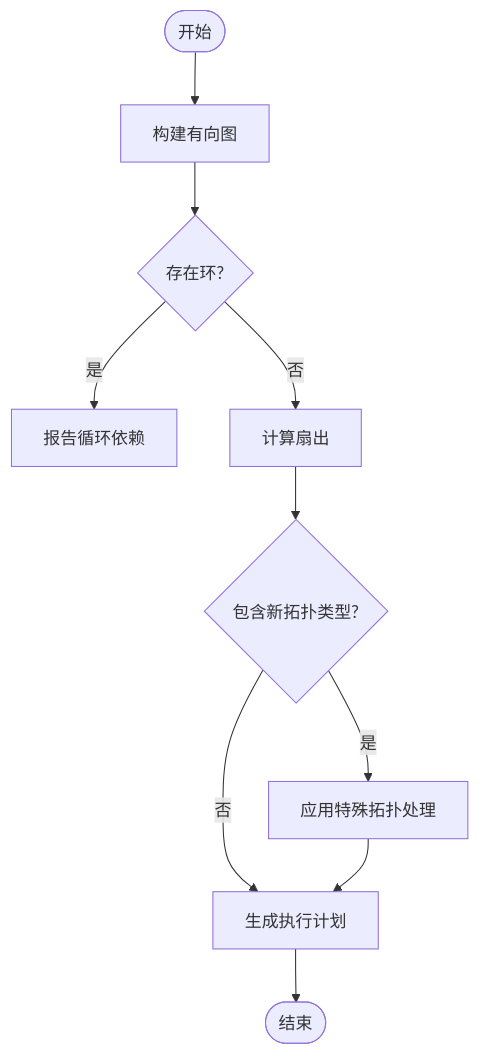
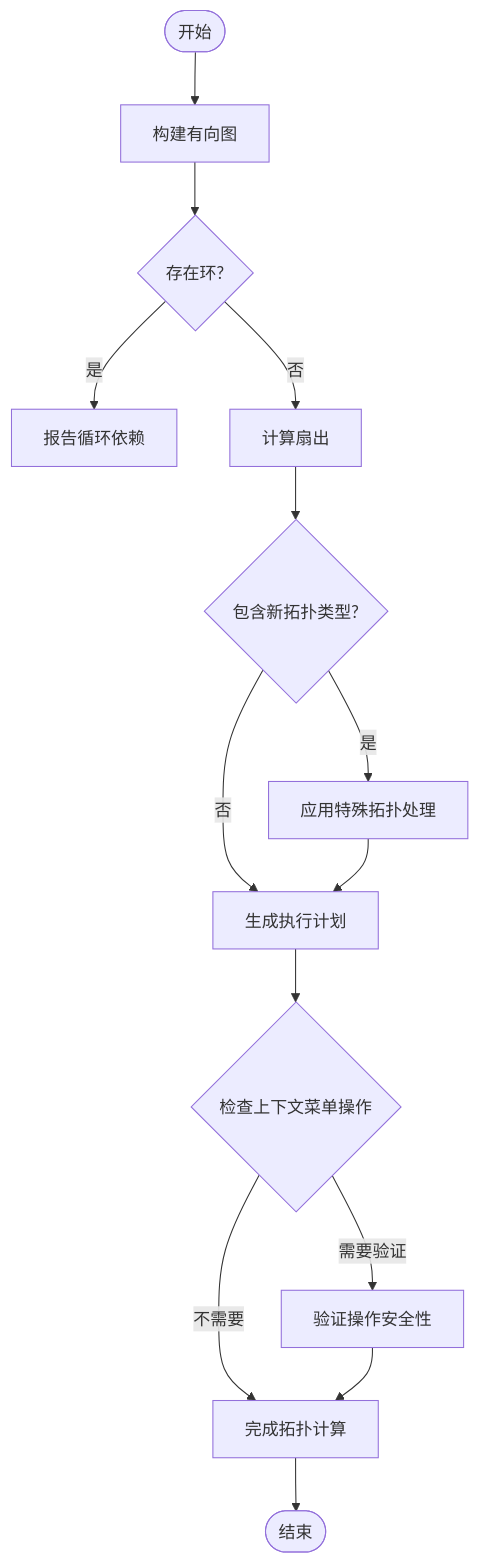
Before and after one commit to scottcwy/PurpleInk: diagram 14 of 19 in .qoder/repowiki/zh/content/画布编辑器/画布编辑器.md, drawn with Mermaid. The commit also changed other lines of this file and 23 other files, not shown here.

````diff
--- a/.qoder/repowiki/zh/content/画布编辑器/画布编辑器.md
+++ b/.qoder/repowiki/zh/content/画布编辑器/画布编辑器.md
@@ -637,12 +794,16 @@
 ```mermaid
 flowchart TD
 Start(["开始"]) --> BuildGraph["构建有向图"]
 BuildGraph --> DetectCycle{"存在环?"}
 DetectCycle --> |是| ReportError["报告循环依赖"]
 DetectCycle --> |否| ComputeFanOut["计算扇出"]
 ComputeFanOut --> NewTypes{"包含新拓扑类型?"}
 NewTypes --> |是| SpecialHandling["应用特殊拓扑处理"]
 NewTypes --> |否| Schedule["生成执行计划"]
 SpecialHandling --> Schedule
-Schedule --> End(["结束"])
+Schedule --> CheckContextMenu{"检查上下文菜单操作"}
+CheckContextMenu --> |需要验证| ValidateOperations["验证操作安全性"]
+CheckContextMenu --> |不需要| Finalize["完成拓扑计算"]
+ValidateOperations --> Finalize
+Finalize --> End(["结束"])
 ```
````
